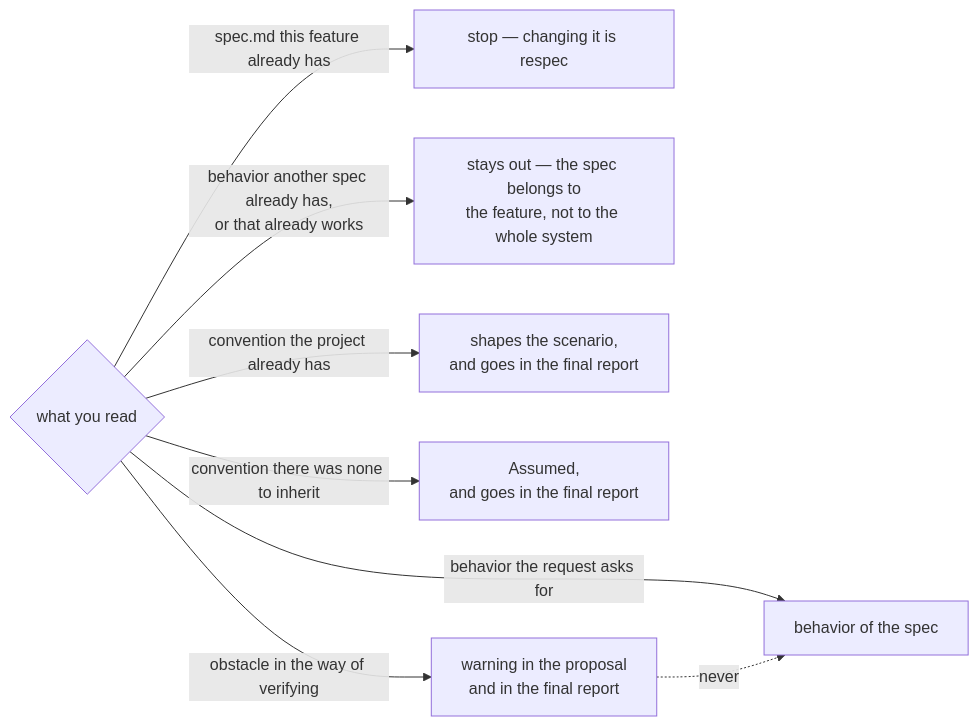
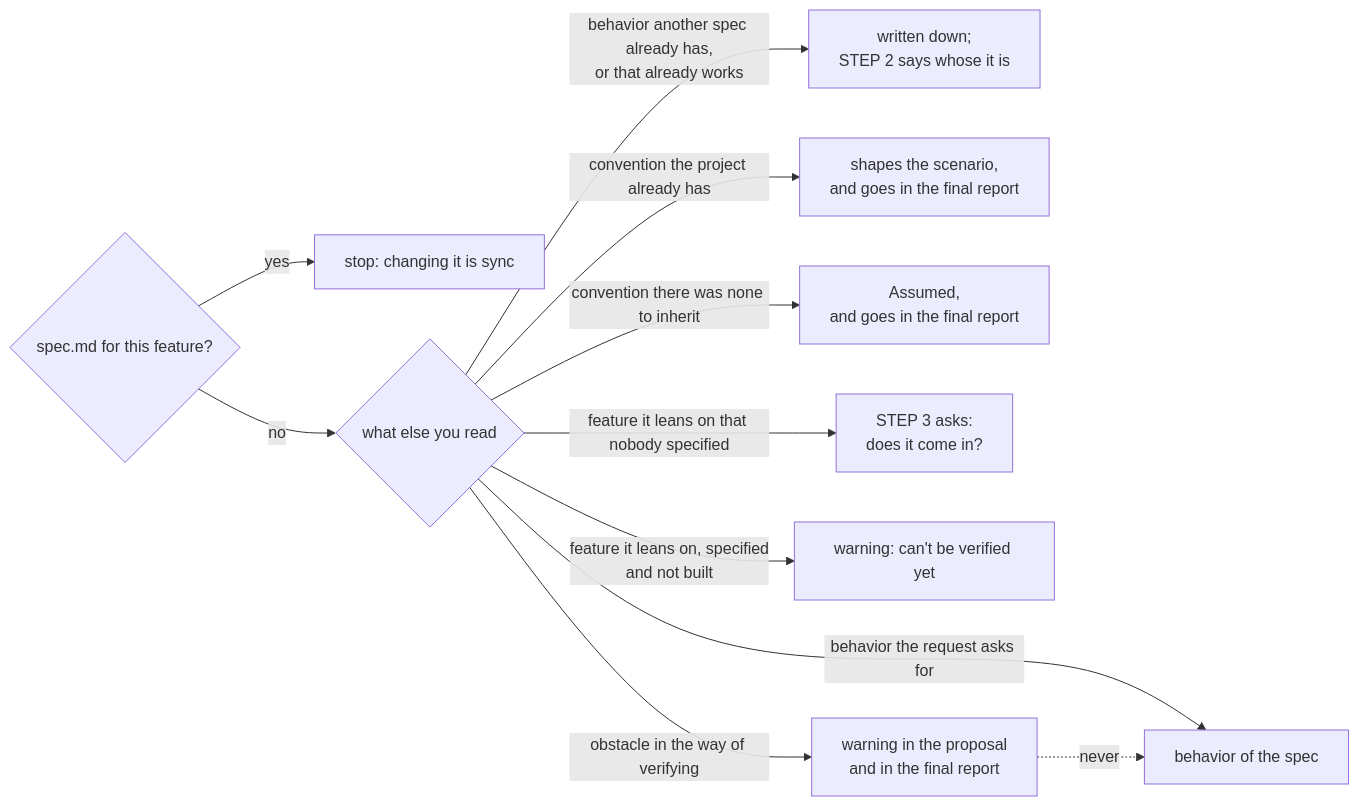
One commit to WilliamRAlvesJr/my-sdd changed the first of 3 diagrams in skills/spec/SKILL.md. Above: the diagram before and after it, drawn with Mermaid. The commit also changed other lines of this file and 1 other file, not shown here.

````diff
--- a/skills/spec/SKILL.md
+++ b/skills/spec/SKILL.md
@@ -128,10 +197,13 @@
 ```mermaid
 flowchart LR
-    L{what you read} -->|behavior the request asks for| COMP[behavior of the spec]
-    L -->|spec.md this feature already has| PARE[stop — changing it is respec]
-    L -->|behavior another spec already has,<br>or that already works| FORA[stays out — the spec belongs to<br>the feature, not to the whole system]
+    E{spec.md for this feature?} -->|yes| PARE[stop: changing it is sync]
+    E -->|no| L{what else you read}
+    L -->|behavior the request asks for| COMP[behavior of the spec]
+    L -->|behavior another spec already has,<br>or that already works| FORA[written down;<br>STEP 2 says whose it is]
     L -->|convention the project already has| HERD[shapes the scenario,<br>and goes in the final report]
     L -->|convention there was none to inherit| ASS[Assumed,<br>and goes in the final report]
+    L -->|feature it leans on that nobody specified| DEP[STEP 3 asks:<br>does it come in?]
+    L -->|feature it leans on, specified<br>and not built| NAO[warning: can't be verified yet]
     L -->|obstacle in the way of verifying| AV[warning in the proposal<br>and in the final report]
     AV -.->|never| COMP
 ```
````
